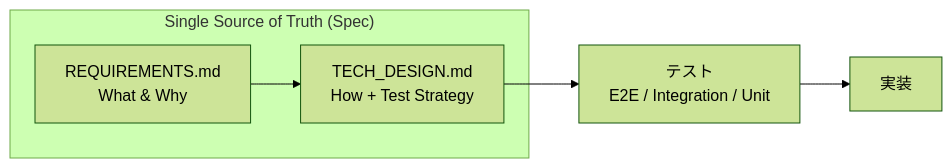
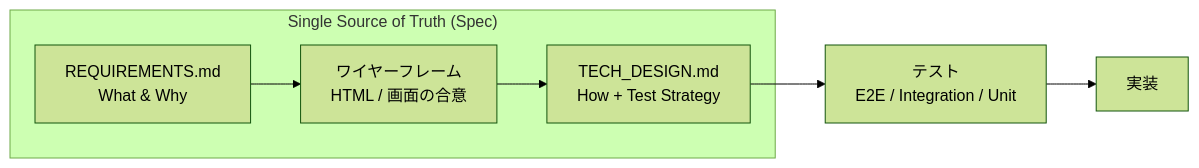
Before and after one commit to careerchain-ys/stdd: the third of 6 diagrams in packages/core/docs/workflow-diagram.md, drawn with Mermaid (forest theme). The commit also changed other lines of this file and 17 other files, not shown here.

````diff
--- a/packages/core/docs/workflow-diagram.md
+++ b/packages/core/docs/workflow-diagram.md
@@ -87,11 +89,13 @@
 ```mermaid
 flowchart LR
     subgraph SSoT["Single Source of Truth (Spec)"]
         Req[REQUIREMENTS.md<br/>What & Why]
+        WF[ワイヤーフレーム<br/>HTML / 画面の合意]
         Tech[TECH_DESIGN.md<br/>How + Test Strategy]
-        Req --> Tech
+        Req --> WF
+        WF --> Tech
     end
 
     Tech --> Test[テスト<br/>E2E / Integration / Unit]
     Test --> Impl[実装]
 ```
````
